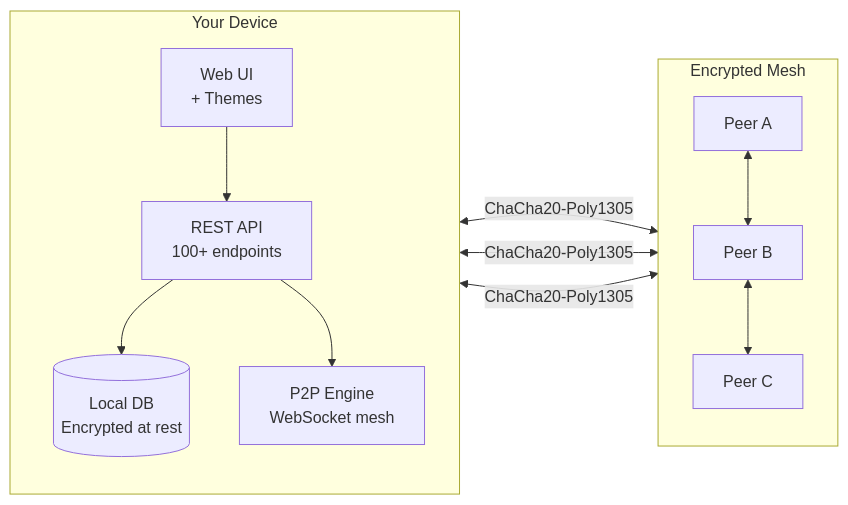
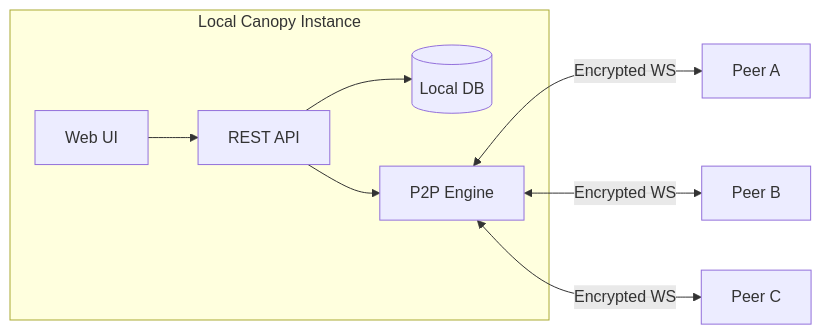
The diagram in README.md (hcoder-404/Canopy), drawn with Mermaid before and after one commit. The commit also changed other lines of this file and 6 other files, not shown here.

````diff
--- a/README.md
+++ b/README.md
@@ -140,26 +226,12 @@
 ```mermaid
 flowchart LR
-  subgraph device ["Your Device"]
-    direction TB
-    UI["Web UI\n+ Themes"]
-    API["REST API\n100+ endpoints"]
-    DB[("Local DB\nEncrypted at rest")]
-    P2P["P2P Engine\nWebSocket mesh"]
-    UI --> API
-    API --> DB
-    API --> P2P
+  subgraph local["Local Canopy Instance"]
+    UI["Web UI"] --> API["REST API"]
+    API --> DB[("Local DB")]
+    API --> P2P["P2P Engine"]
   end
 
-  subgraph mesh ["Encrypted Mesh"]
-    direction TB
-    PeerA["Peer A"]
-    PeerB["Peer B"]
-    PeerC["Peer C"]
-  end
-
-  P2P <-->|"ChaCha20-Poly1305"| PeerA
-  P2P <-->|"ChaCha20-Poly1305"| PeerB
-  P2P <-->|"ChaCha20-Poly1305"| PeerC
-  PeerA <--> PeerB
-  PeerB <--> PeerC
+  P2P <-->|"Encrypted WS"| PeerA["Peer A"]
+  P2P <-->|"Encrypted WS"| PeerB["Peer B"]
+  P2P <-->|"Encrypted WS"| PeerC["Peer C"]
 ```
````
